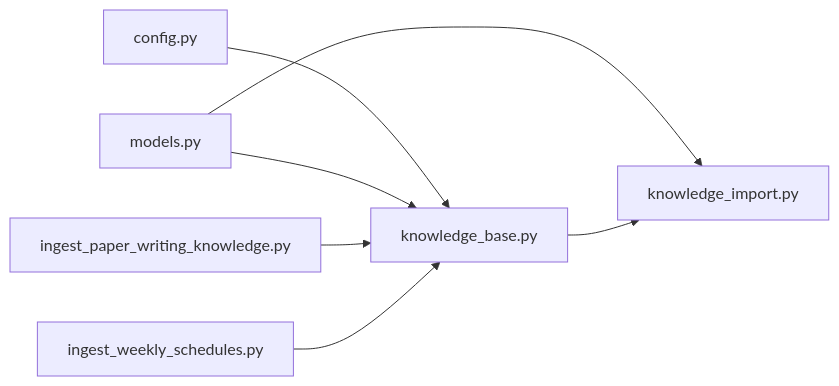
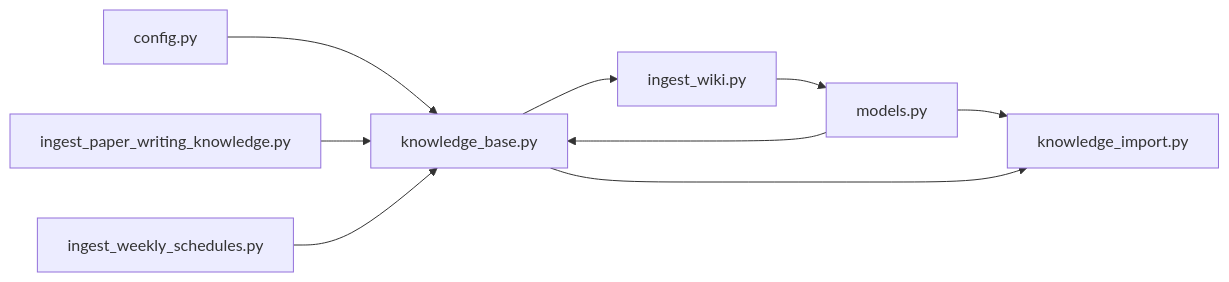
One commit to intellistream/sage-mate changed the sixth of 6 diagrams in .qoder/repowiki/en/content/Knowledge Management/Knowledge Ingestion Pipeline.md. Above: the diagram before and after it, drawn with Mermaid. The commit also changed other lines of this file and 136 other files, not shown here.

First line of the commit message:
chore: source updates, bidirectional link graph, data and repowiki refresh

````diff
--- a/.qoder/repowiki/en/content/Knowledge Management/Knowledge Ingestion Pipeline.md
+++ b/.qoder/repowiki/en/content/Knowledge Management/Knowledge Ingestion Pipeline.md
@@ -303,9 +403,11 @@
 ```mermaid
 graph LR
 Config["config.py"] --> KB["knowledge_base.py"]
 Models["models.py"] --> KB
 Models --> KI["knowledge_import.py"]
 KB --> KI
+KB --> IW["ingest_wiki.py"]
 ToolsPW["ingest_paper_writing_knowledge.py"] --> KB
 ToolsWS["ingest_weekly_schedules.py"] --> KB
+IW --> Models
 ```
````
